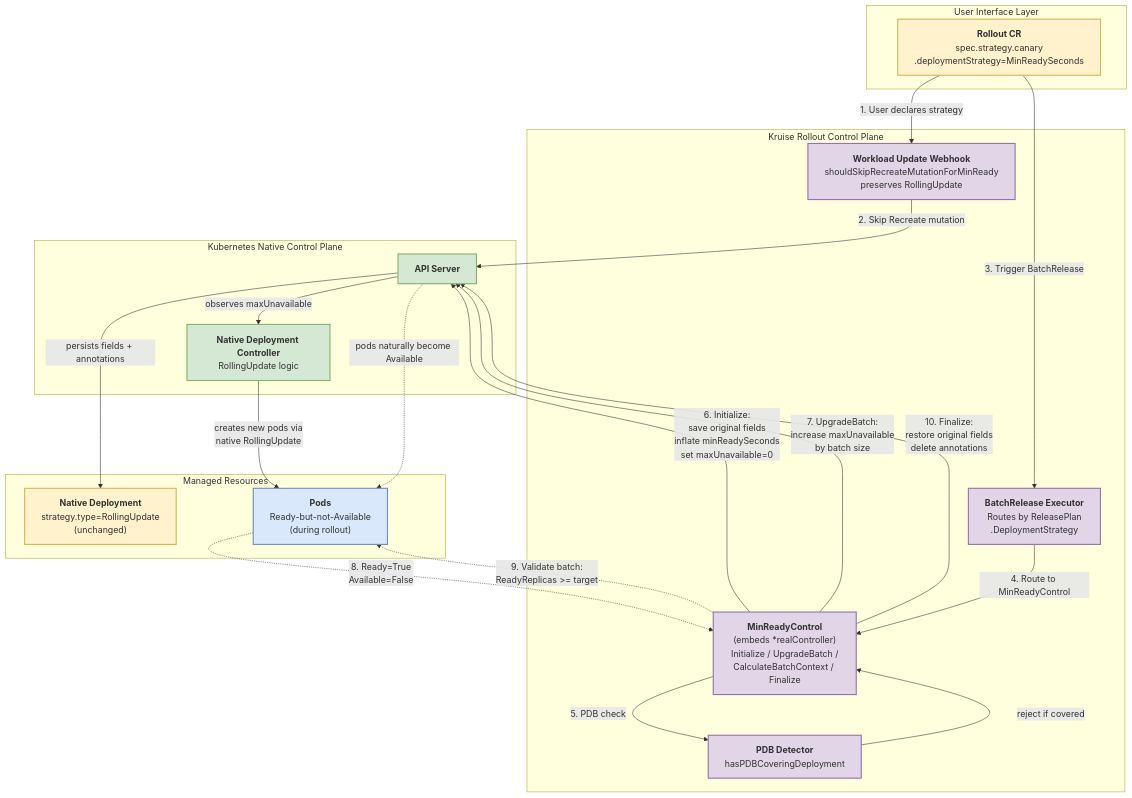
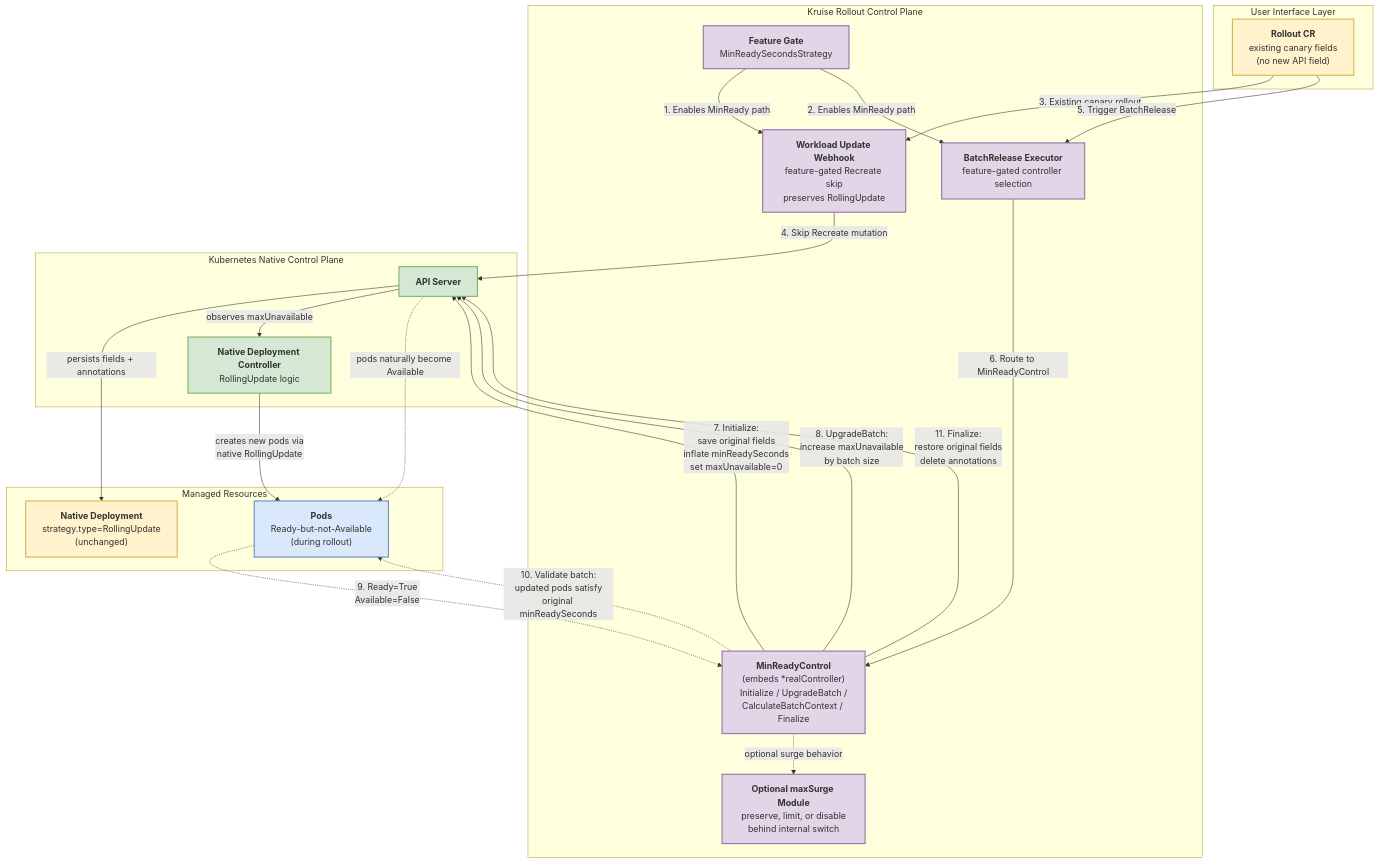
One commit to openkruise/rollouts changed the diagram in docs/proposals/20260315-deployment-minready-seconds-progressive-delivery.md. Above: the diagram before and after it, drawn with Mermaid. The commit also changed other lines of this file, not shown here.

Commit message:
docs: address MinReadySeconds proposal review

````diff
--- a/docs/proposals/20260315-deployment-minready-seconds-progressive-delivery.md
+++ b/docs/proposals/20260315-deployment-minready-seconds-progressive-delivery.md
@@ -122,54 +125,55 @@
 ```mermaid
 graph TB
     subgraph "User Interface Layer"
-        ROLLOUT["<b>Rollout CR</b><br/>spec.strategy.canary<br/>.deploymentStrategy=MinReadySeconds"]
+        ROLLOUT["<b>Rollout CR</b><br/>existing canary fields<br/>(no new API field)"]
     end
 
     subgraph "Kruise Rollout Control Plane"
-        WH["<b>Workload Update Webhook</b><br/>shouldSkipRecreateMutationForMinReady<br/>preserves RollingUpdate"]
-        EX["<b>BatchRelease Executor</b><br/>Routes by ReleasePlan<br/>.DeploymentStrategy"]
+        FG["<b>Feature Gate</b><br/>MinReadySecondsStrategy"]
+        WH["<b>Workload Update Webhook</b><br/>feature-gated Recreate skip<br/>preserves RollingUpdate"]
+        EX["<b>BatchRelease Executor</b><br/>feature-gated controller selection"]
         MRC["<b>MinReadyControl</b><br/>(embeds *realController)<br/>Initialize / UpgradeBatch /<br/>CalculateBatchContext / Finalize"]
-        PDB["<b>PDB Detector</b><br/>hasPDBCoveringDeployment"]
+        MS["<b>Optional maxSurge Module</b><br/>preserve, limit, or disable<br/>behind internal switch"]
     end
 
     subgraph "Kubernetes Native Control Plane"
         API["<b>API Server</b>"]
         KDC["<b>Native Deployment Controller</b><br/>RollingUpdate logic"]
     end
 
     subgraph "Managed Resources"
         DEP["<b>Native Deployment</b><br/>strategy.type=RollingUpdate<br/>(unchanged)"]
         PODS["<b>Pods</b><br/>Ready-but-not-Available<br/>(during rollout)"]
     end
 
-    ROLLOUT -->|"1. User declares strategy"| WH
-    WH -->|"2. Skip Recreate mutation"| API
-    ROLLOUT -->|"3. Trigger BatchRelease"| EX
-    EX -->|"4. Route to MinReadyControl"| MRC
+    FG -->|"1. Enables MinReady path"| WH
+    FG -->|"2. Enables MinReady path"| EX
+    ROLLOUT -->|"3. Existing canary rollout"| WH
+    WH -->|"4. Skip Recreate mutation"| API
+    ROLLOUT -->|"5. Trigger BatchRelease"| EX
+    EX -->|"6. Route to MinReadyControl"| MRC
 
-    MRC -->|"5. PDB check"| PDB
-    PDB -->|"reject if covered"| MRC
-
-    MRC -->|"6. Initialize:<br/>save original fields<br/>inflate minReadySeconds<br/>set maxUnavailable=0"| API
+    MRC -->|"7. Initialize:<br/>save original fields<br/>inflate minReadySeconds<br/>set maxUnavailable=0"| API
+    MRC -.->|"optional surge behavior"| MS
     API -->|"persists fields + annotations"| DEP
 
-    MRC -->|"7. UpgradeBatch:<br/>increase maxUnavailable<br/>by batch size"| API
+    MRC -->|"8. UpgradeBatch:<br/>increase maxUnavailable<br/>by batch size"| API
     API -->|"observes maxUnavailable"| KDC
     KDC -->|"creates new pods via<br/>native RollingUpdate"| PODS
 
-    PODS -.->|"8. Ready=True<br/>Available=False"| MRC
-    MRC -.->|"9. Validate batch:<br/>ReadyReplicas >= target"| PODS
+    PODS -.->|"9. Ready=True<br/>Available=False"| MRC
+    MRC -.->|"10. Validate batch:<br/>updated pods satisfy<br/>original minReadySeconds"| PODS
 
-    MRC -->|"10. Finalize:<br/>restore original fields<br/>delete annotations"| API
+    MRC -->|"11. Finalize:<br/>restore original fields<br/>delete annotations"| API
     API -.->|"pods naturally become Available"| PODS
 
     classDef userLayer fill:#fff2cc,stroke:#d6b656,stroke-width:2px
     classDef controllerLayer fill:#e1d5e7,stroke:#9673a6,stroke-width:2px
     classDef k8sLayer fill:#d5e8d4,stroke:#82b366,stroke-width:2px
     classDef resourceLayer fill:#dae8fc,stroke:#6c8ebf,stroke-width:2px
 
     class ROLLOUT,DEP userLayer
-    class WH,EX,MRC,PDB controllerLayer
+    class FG,WH,EX,MRC,MS controllerLayer
     class API,KDC k8sLayer
     class PODS resourceLayer
 ```
````
